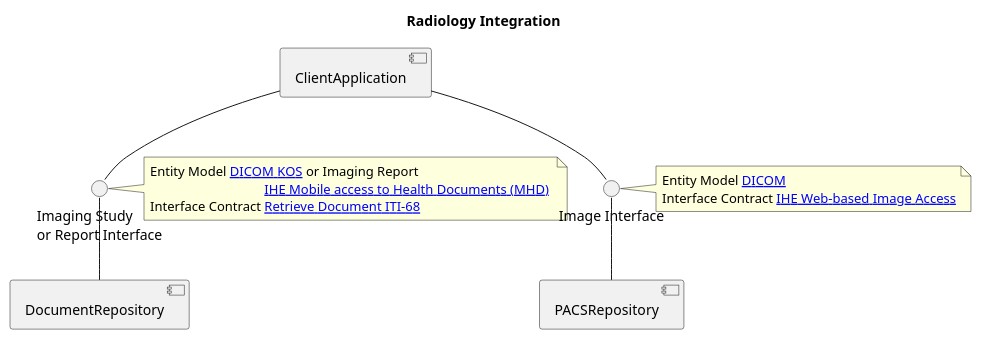
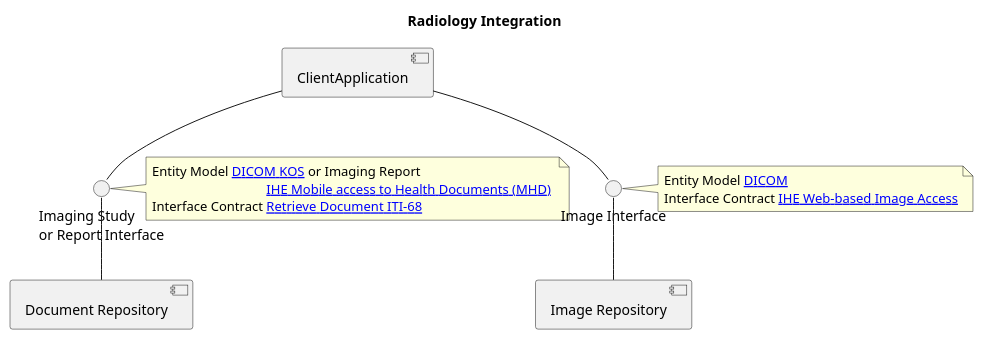
One commit to NHSDigital/national-imaging-repository-specification changed the diagram in input/images-source/component-entity-imagingstudy.plantuml. Above: the diagram before and after it, drawn with PlantUML.

Commit message:
Royal College of Radiologists mapping

```diff
--- a/input/images-source/component-entity-imagingstudy.plantuml
+++ b/input/images-source/component-entity-imagingstudy.plantuml
@@ -1,32 +1,32 @@
 @startuml
 
 skinparam svgDimensionStyle false
 
 title Radiology Integration
 
 
 component ClientApplication
 
-  component PACSRepository
-   component DocumentRepository
+  component "Image Repository" as PACSRepository
+   component "Document Repository" as DocumentRepository
 
 
 interface "Imaging Study \nor Report Interface" as ImagingStudyInterface
 note right
 Entity Model [[https://www.dicomstandard.org/News-dir/ftsup/docs/sups/sup59.pdf DICOM KOS]] or Imaging Report
 Interface Contract [[https://profiles.ihe.net/ITI/MHD/ITI-68.html IHE Mobile access to Health Documents (MHD) \nRetrieve Document ITI-68]]
 end note
 
 interface "Image Interface" as ImageInterface
 note right
 Entity Model [[https://www.dicomstandard.org DICOM]]
 Interface Contract [[https://wiki.ihe.net/index.php/Web-based_Image_Access IHE Web-based Image Access]]
 end note
 
 ClientApplication -d- ImagingStudyInterface
 ClientApplication -d- ImageInterface
 
 ImagingStudyInterface -d- DocumentRepository
 ImageInterface -d- PACSRepository
 
 @enduml
```
